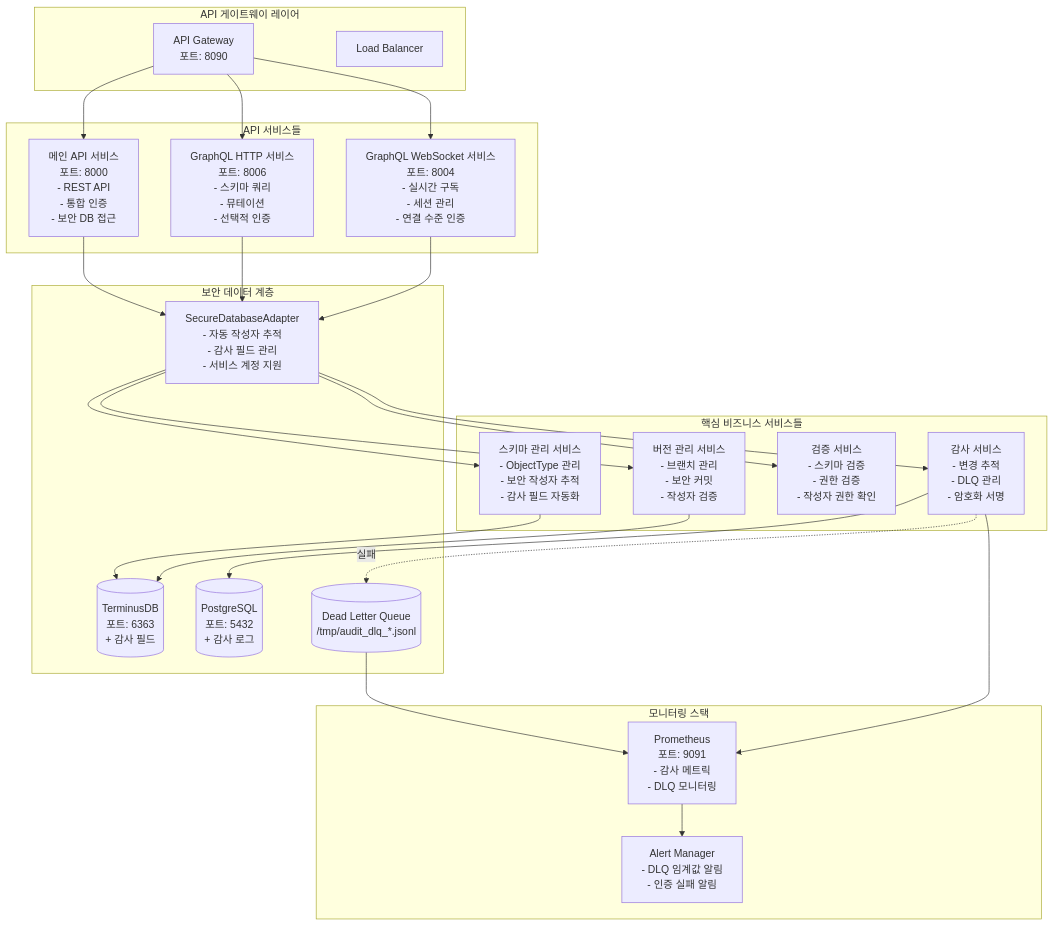
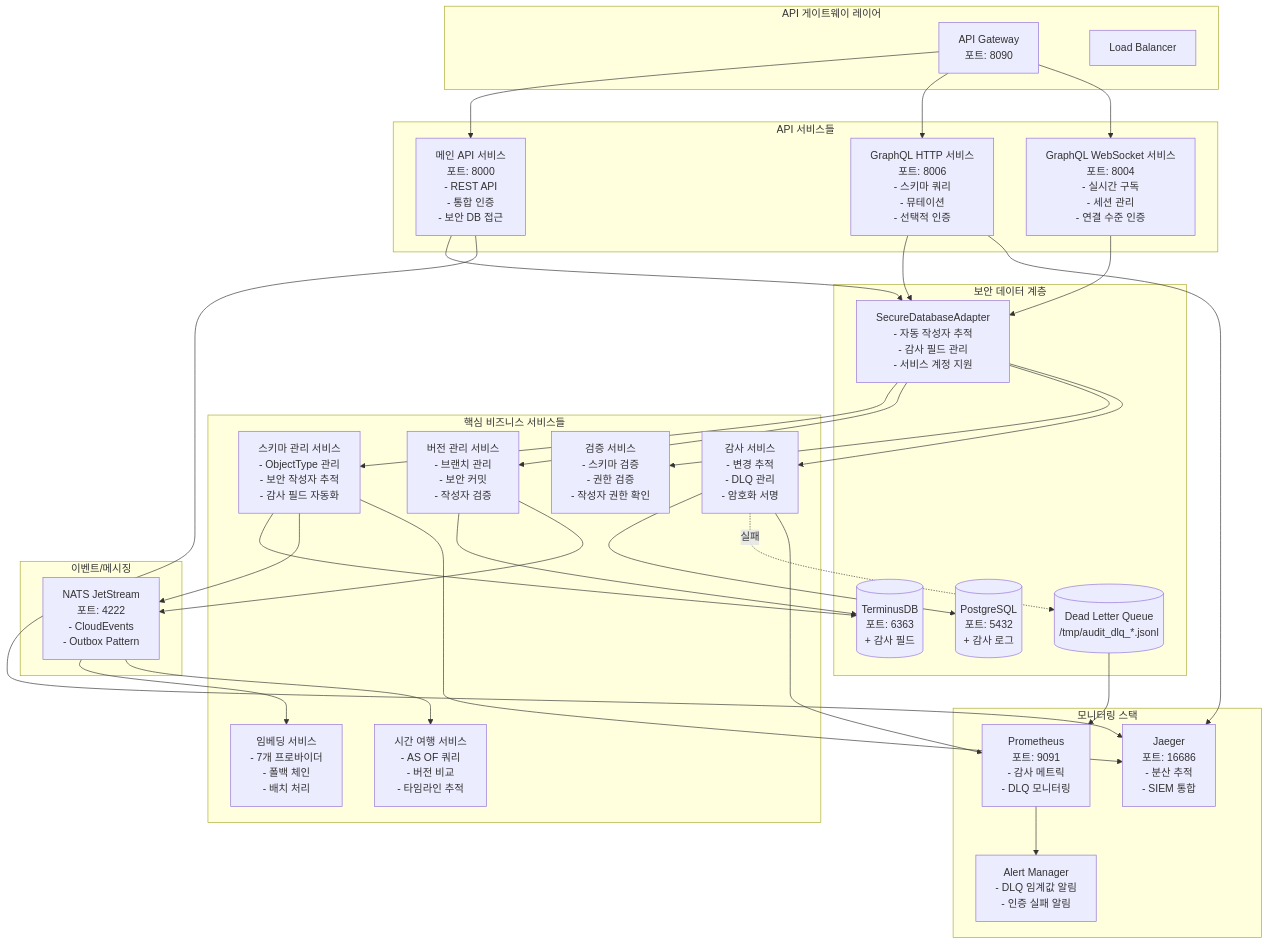
Before and after one commit to ludia8888/Icon-Blaster: the fifth of 5 diagrams in oms-monolith/ARCHITECTURE.md, drawn with Mermaid. The commit also changed other lines of this file and 1 other file, not shown here.

First line of the commit message:
docs: Merge and update architecture documentation

````diff
--- a/oms-monolith/ARCHITECTURE.md
+++ b/oms-monolith/ARCHITECTURE.md
@@ -215,60 +361,78 @@
 ```mermaid
 graph TB
     subgraph "API 게이트웨이 레이어"
         Gateway[API Gateway<br/>포트: 8090]
         LB[Load Balancer]
     end
 
     subgraph "API 서비스들"
         MainAPI[메인 API 서비스<br/>포트: 8000<br/>- REST API<br/>- 통합 인증<br/>- 보안 DB 접근]
         
         GraphQLHTTP[GraphQL HTTP 서비스<br/>포트: 8006<br/>- 스키마 쿼리<br/>- 뮤테이션<br/>- 선택적 인증]
         
         GraphQLWS[GraphQL WebSocket 서비스<br/>포트: 8004<br/>- 실시간 구독<br/>- 세션 관리<br/>- 연결 수준 인증]
     end
 
     subgraph "핵심 비즈니스 서비스들"
         SchemaService[스키마 관리 서비스<br/>- ObjectType 관리<br/>- 보안 작성자 추적<br/>- 감사 필드 자동화]
         
         VersionService[버전 관리 서비스<br/>- 브랜치 관리<br/>- 보안 커밋<br/>- 작성자 검증]
         
         ValidationService[검증 서비스<br/>- 스키마 검증<br/>- 권한 검증<br/>- 작성자 권한 확인]
         
         AuditService[감사 서비스<br/>- 변경 추적<br/>- DLQ 관리<br/>- 암호화 서명]
+        
+        EmbeddingService[임베딩 서비스<br/>- 7개 프로바이더<br/>- 폴백 체인<br/>- 배치 처리]
+        
+        TimeTravelService[시간 여행 서비스<br/>- AS OF 쿼리<br/>- 버전 비교<br/>- 타임라인 추적]
     end
 
     subgraph "보안 데이터 계층"
         SecureDB[SecureDatabaseAdapter<br/>- 자동 작성자 추적<br/>- 감사 필드 관리<br/>- 서비스 계정 지원]
         
         TerminusDB[(TerminusDB<br/>포트: 6363<br/>+ 감사 필드)]
         PostgreSQL[(PostgreSQL<br/>포트: 5432<br/>+ 감사 로그)]
         DLQ[(Dead Letter Queue<br/>/tmp/audit_dlq_*.jsonl)]
     end
 
+    subgraph "이벤트/메시징"
+        NATS[NATS JetStream<br/>포트: 4222<br/>- CloudEvents<br/>- Outbox Pattern]
+    end
+
     subgraph "모니터링 스택"
         Prometheus[Prometheus<br/>포트: 9091<br/>- 감사 메트릭<br/>- DLQ 모니터링]
+        Jaeger[Jaeger<br/>포트: 16686<br/>- 분산 추적<br/>- SIEM 통합]
         AlertManager[Alert Manager<br/>- DLQ 임계값 알림<br/>- 인증 실패 알림]
     end
 
     Gateway --> MainAPI
     Gateway --> GraphQLHTTP
     Gateway --> GraphQLWS
 
     MainAPI --> SecureDB
     GraphQLHTTP --> SecureDB
     GraphQLWS --> SecureDB
 
     SecureDB --> SchemaService
     SecureDB --> VersionService
     SecureDB --> ValidationService
     SecureDB --> AuditService
 
     SchemaService --> TerminusDB
     VersionService --> TerminusDB
     AuditService --> PostgreSQL
     AuditService -.->|실패| DLQ
 
+    SchemaService --> NATS
+    VersionService --> NATS
+    NATS --> EmbeddingService
+    NATS --> TimeTravelService
+
     AuditService --> Prometheus
     DLQ --> Prometheus
     Prometheus --> AlertManager
+    
+    MainAPI --> Jaeger
+    GraphQLHTTP --> Jaeger
+    SchemaService --> Jaeger
 ```
````
